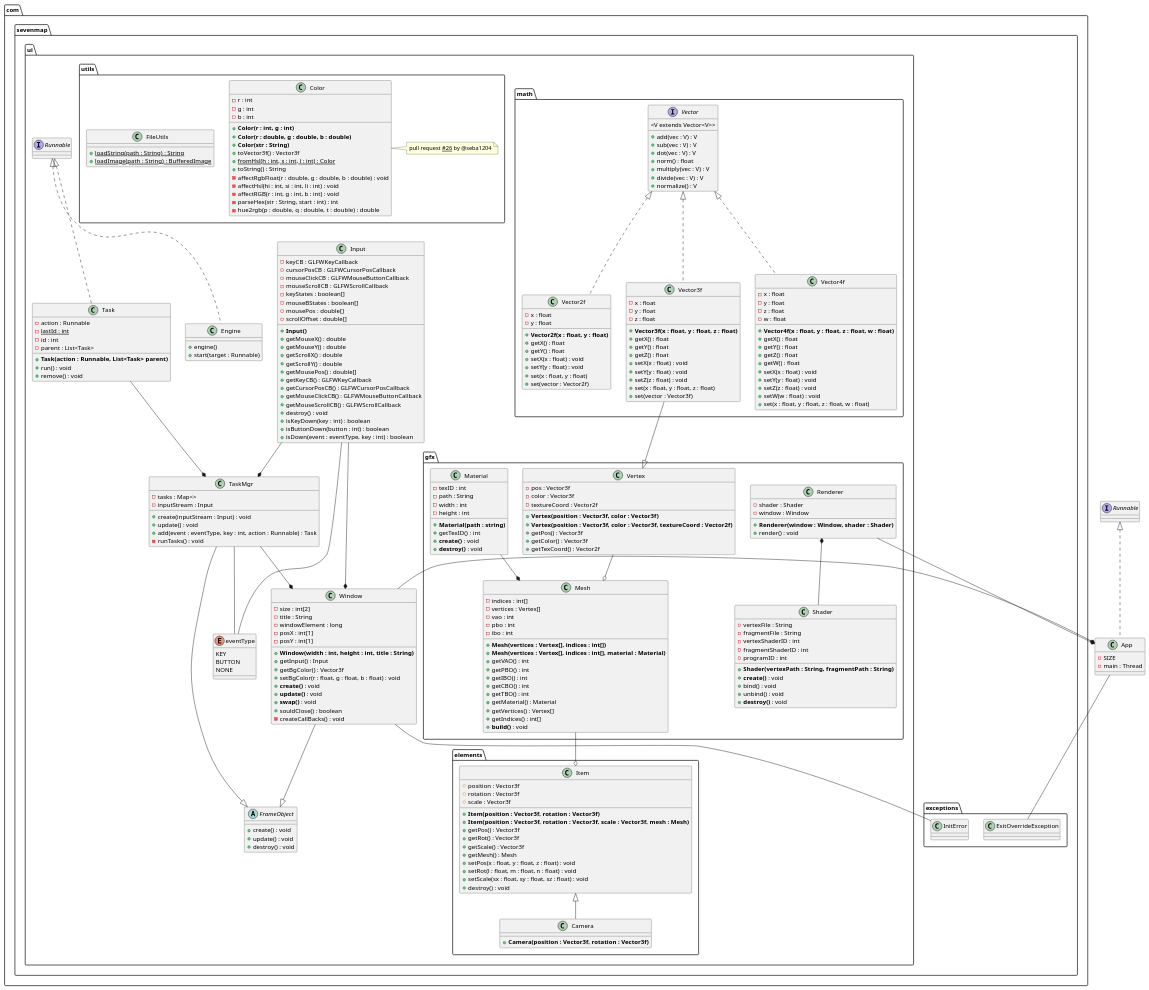
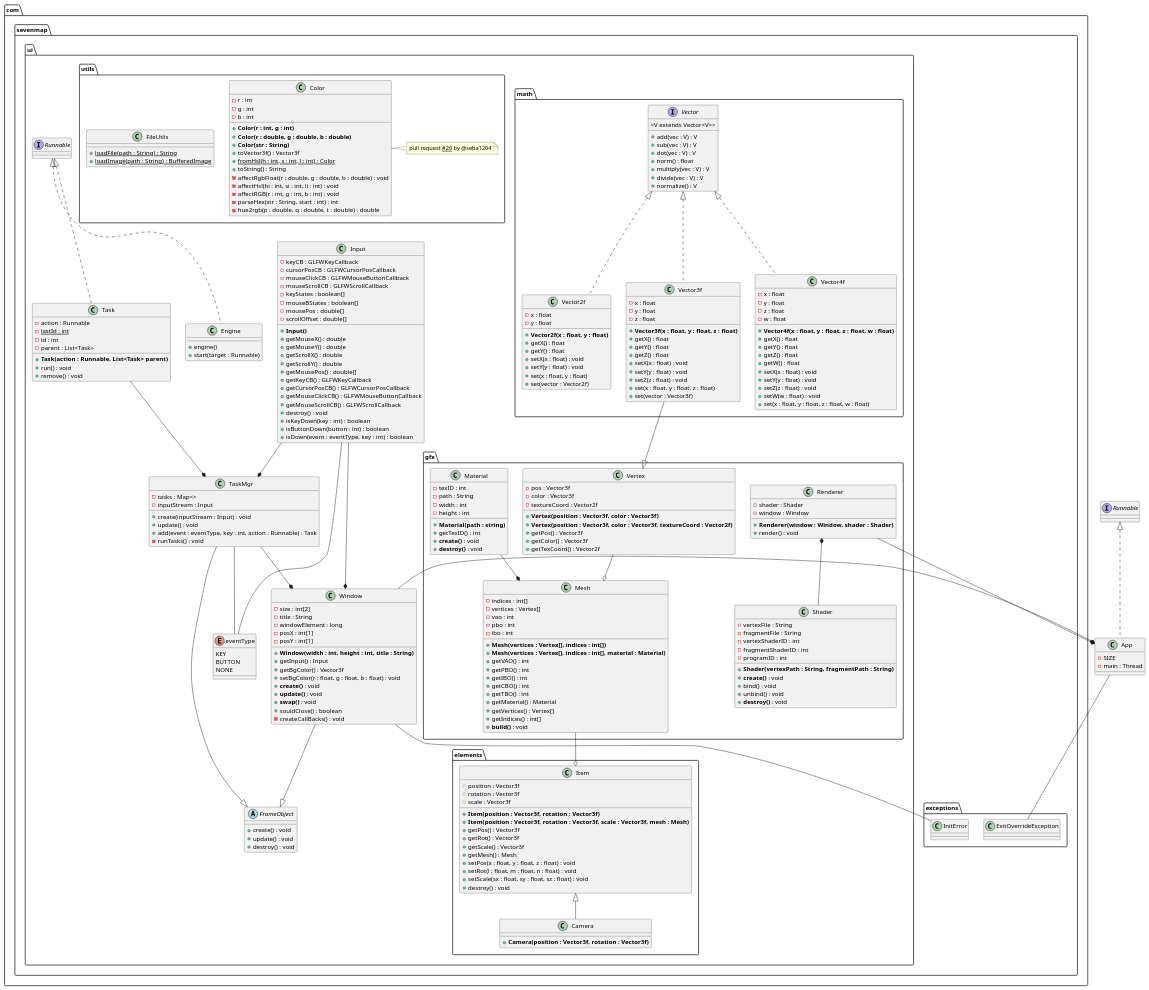
One commit to photonsquid/7map changed the diagram in doc/meetings/team-rendering/diagram_rendering.plantuml. Above: the diagram before and after it, drawn with PlantUML. The commit also changed 6 other files, not shown here.

```diff
--- a/doc/meetings/team-rendering/diagram_rendering.plantuml
+++ b/doc/meetings/team-rendering/diagram_rendering.plantuml
@@ -273,7 +273,7 @@
         note right: pull request <u>#26</u> by @seba1204
 
         class FileUtils {
-            + {static} loadString(path : String) : String
+            + {static} loadFile(path : String) : String
             + {static} loadImage(path : String) : BufferedImage
         }
     }
```
